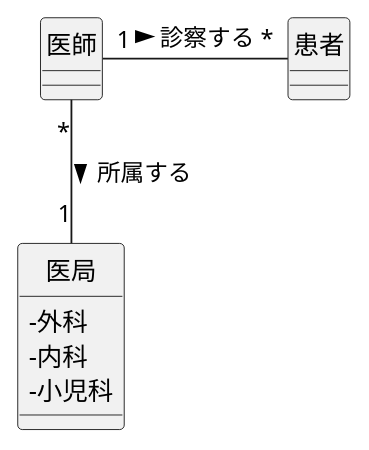
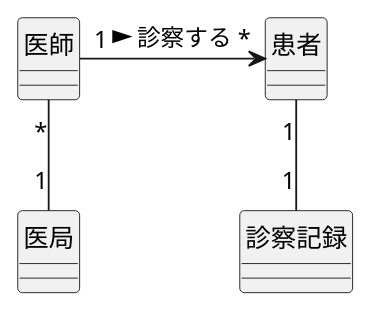
One commit to Takhshi/uml-introduction changed the diagram in 演習3-2_CL_医師と患者と医局と診療記録.pu. Above: the diagram before and after it, drawn with PlantUML. The commit also changed 1 other file, not shown here.

```diff
--- a/演習3-2_CL_医師と患者と医局と診療記録.pu
+++ b/演習3-2_CL_医師と患者と医局と診療記録.pu
@@ -1,15 +1,11 @@
 @startuml 医師と患者と医局と診療記録
-' left to right direction
 skinparam classAttributeIconSize 0
 class 患者{}
 class 医師{}
-class 医局{
-- 外科
-- 内科
-- 小児科
-}
-医師 "1"-"*" 患者:診察する >
-医師 "*"--"1" 医局:所属する >
-
+class 医局{}
+class 診察記録{}
+医師 "1"-right->"*" 患者:診察する >
+医師 "*" -- "1" 医局
+患者 "1"-down-"1" 診察記録
 hide circle
 @enduml
```
